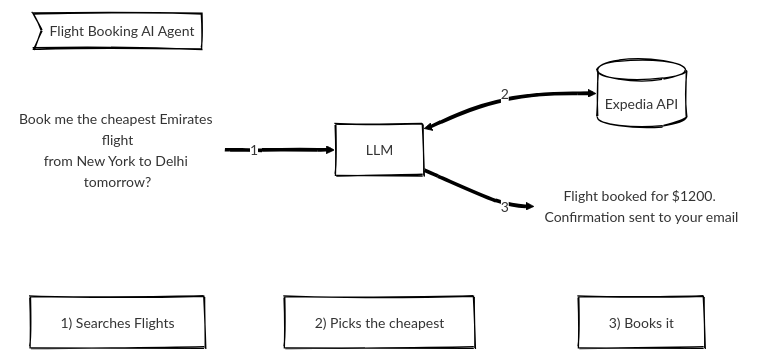
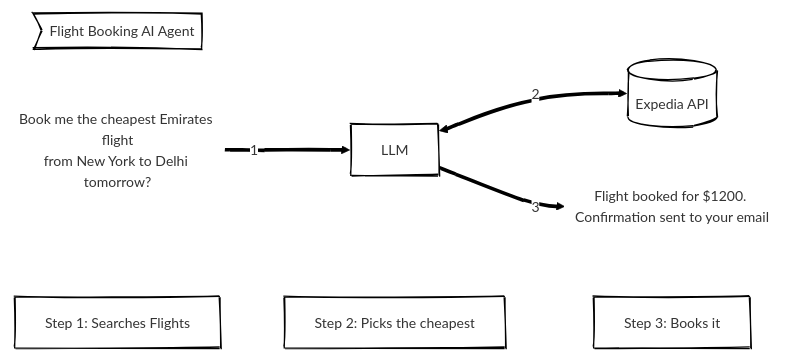
Before and after one commit to madhu-1999/CS: the first of 2 diagrams in content/Notes/AI Agent.md, drawn with Mermaid. The commit also changed other lines of this file, not shown here.

Commit message:
Published via Quartz Syncer

````diff
--- a/content/Notes/AI Agent.md
+++ b/content/Notes/AI Agent.md
@@ -69,25 +69,25 @@
 ```mermaid
 --- 
 config: 
   theme: neo 
   look: handDrawn
   themeVariables: 
     edgeLabelBackground: '#fff' 
 ---
 flowchart LR
 D>Flight Booking AI Agent]
     User@{shape: text, label: "Book me the cheapest Emirates flight<br>from New York to Delhi tomorrow?"}
 	LLM["LLM"]
 	Expedia[("Expedia API")]
 	
-	P1["1) Searches Flights"]
-	P2["2) Picks the cheapest"]
-	P3["3) Books it"]
+	P1["Step 1: Searches Flights"]
+	P2["Step 2: Picks the cheapest"]
+	P3["Step 3: Books it"]
 	P1 ~~~ P2 ~~~ P3
 
     Output@{ shape: text, label: "Flight booked for $1200. Confirmation sent to your email" }
 
     User ==1==> LLM
     LLM <==2==> Expedia
     LLM ==3==> Output
 ```
````
